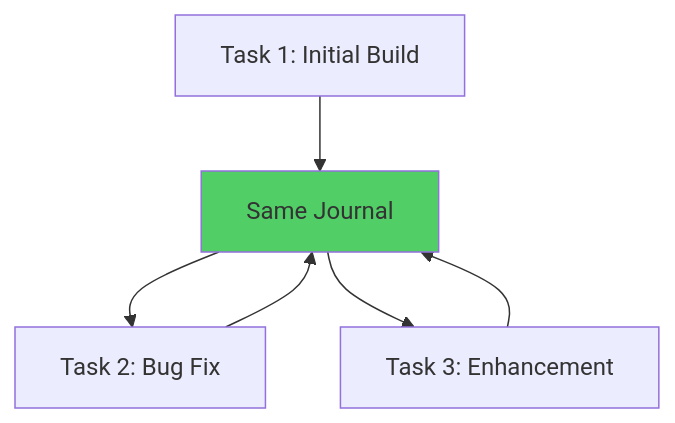
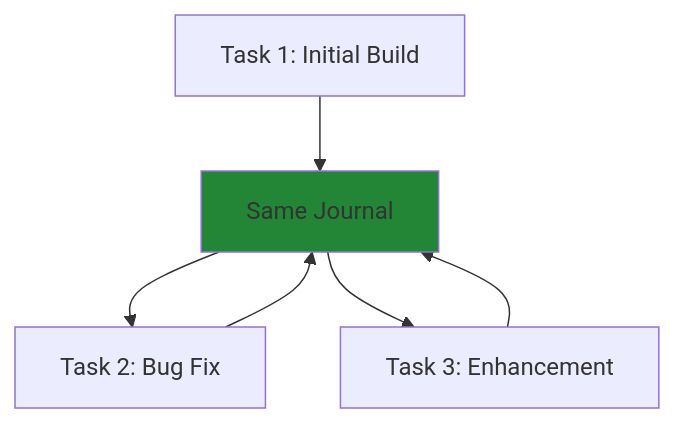
Before and after one commit to hassanvfx/clineflow: the seventh of 7 diagrams in README.md, drawn with Mermaid. The commit also changed other lines of this file, not shown here.

First line of the commit message:
fix: improve Mermaid diagram colors for better readability

````diff
--- a/README.md
+++ b/README.md
@@ -284,9 +284,9 @@
 ```mermaid
 graph TD
     A[Task 1: Initial Build] --> B[Same Journal]
     B --> C[Task 2: Bug Fix]
     C --> B
     B --> D[Task 3: Enhancement]
     D --> B
-    style B fill:#51cf66
+    style B fill:#238636
 ```
````
